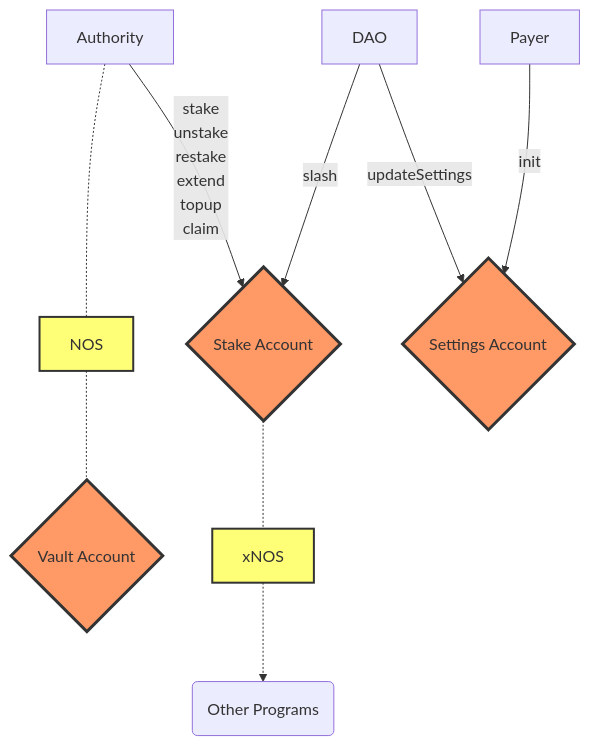
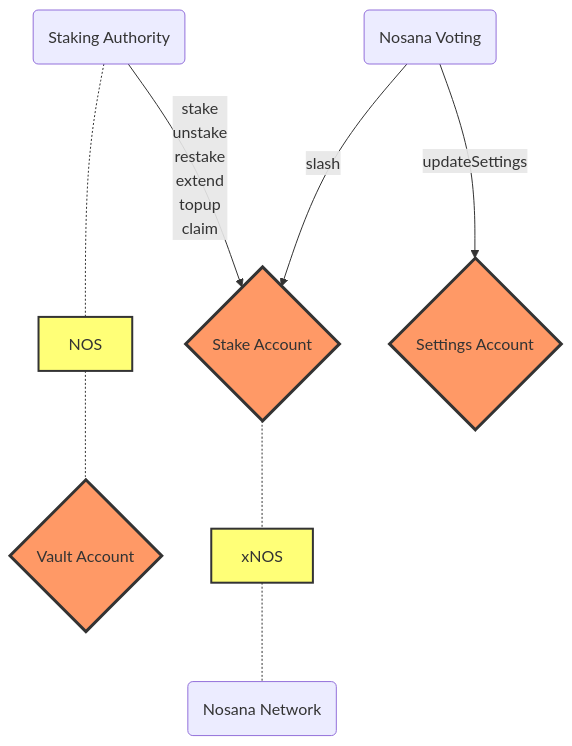
The diagram in docs/programs/staking.md (nosana-ci/docs.nosana.io), drawn with Mermaid before and after one commit. The commit also changed other lines of this file and 3 other files, not shown here.

Commit message:
update diagrams

````diff
--- a/docs/programs/staking.md
+++ b/docs/programs/staking.md
@@ -494,18 +454,27 @@
 ```mermaid
 flowchart TB
-    Authority -- stake<br>unstake<br>restake<br>extend<br>topup<br>claim --> di1{Stake Account}
-    Authority -.- sq1[NOS] -.- di2{Vault Account}
+    authority -- stake<br>unstake<br>restake<br>extend<br>topup<br>claim --> stake
+    authority -.- nos -.- vault
 
-    DAO -- slash --> di1{Stake Account}
-    DAO -- updateSettings --> di3{Settings Account}
+    dao -- slash --> stake
+    dao -- updateSettings --> settings
 
-    Payer -- init --> di3{Settings Account}
+    stake -.- xnos -.- network
 
-    di1{Stake Account} -.- sq3[xNOS] -.-> ci(Other Programs)
+    authority(Staking Authority)
+    dao(Nosana Voting)
+    network(Nosana Network)
+
+    stake{Stake Account}
+    vault{Vault Account}
+    settings{Settings Account}
+
+    nos[NOS]
+    xnos[xNOS]
 
     classDef orange fill:#f96,stroke:#333,stroke-width:3px;
     classDef yellow fill:#ff7,stroke:#333,stroke-width:2px;
 
-    class di1,di2,di3 orange
-    class sq1,sq2,sq3 yellow
+    class stake,vault,settings orange
+    class nos,xnos yellow
 ```
````
